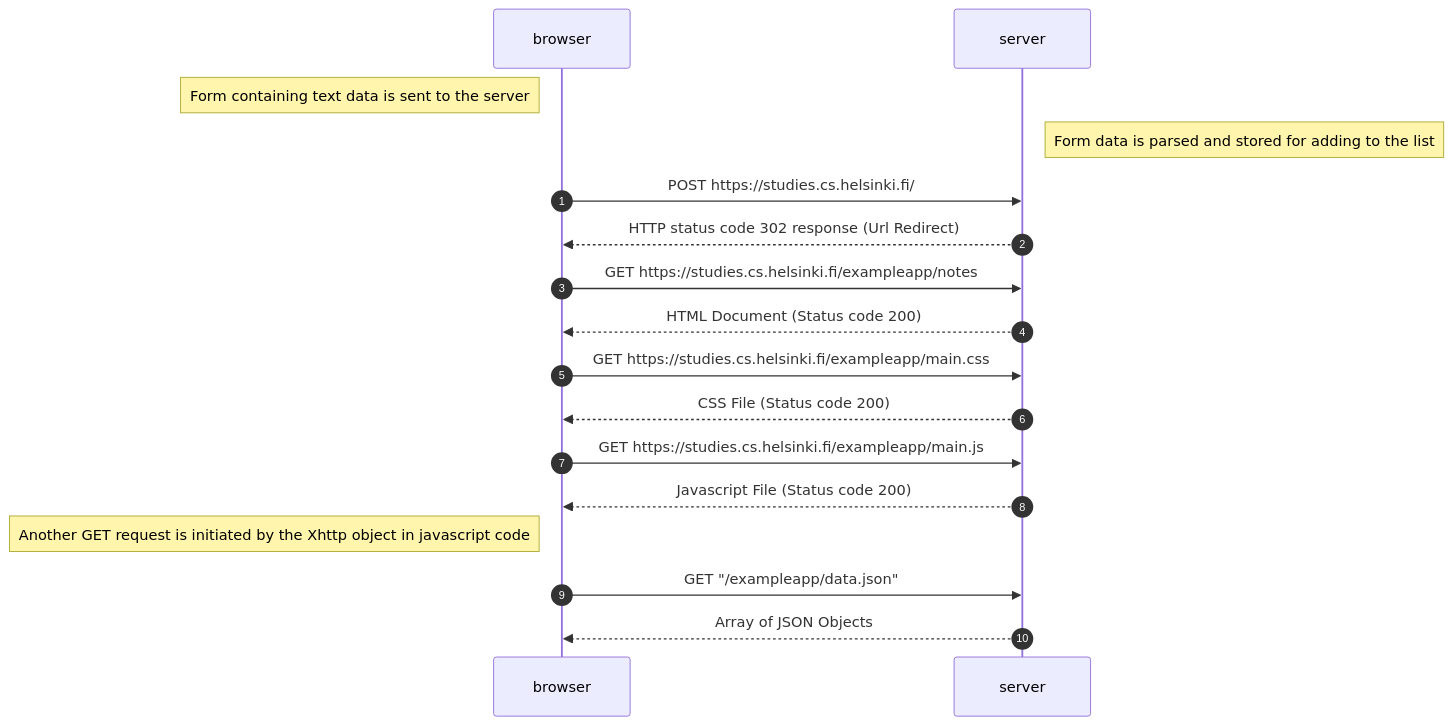
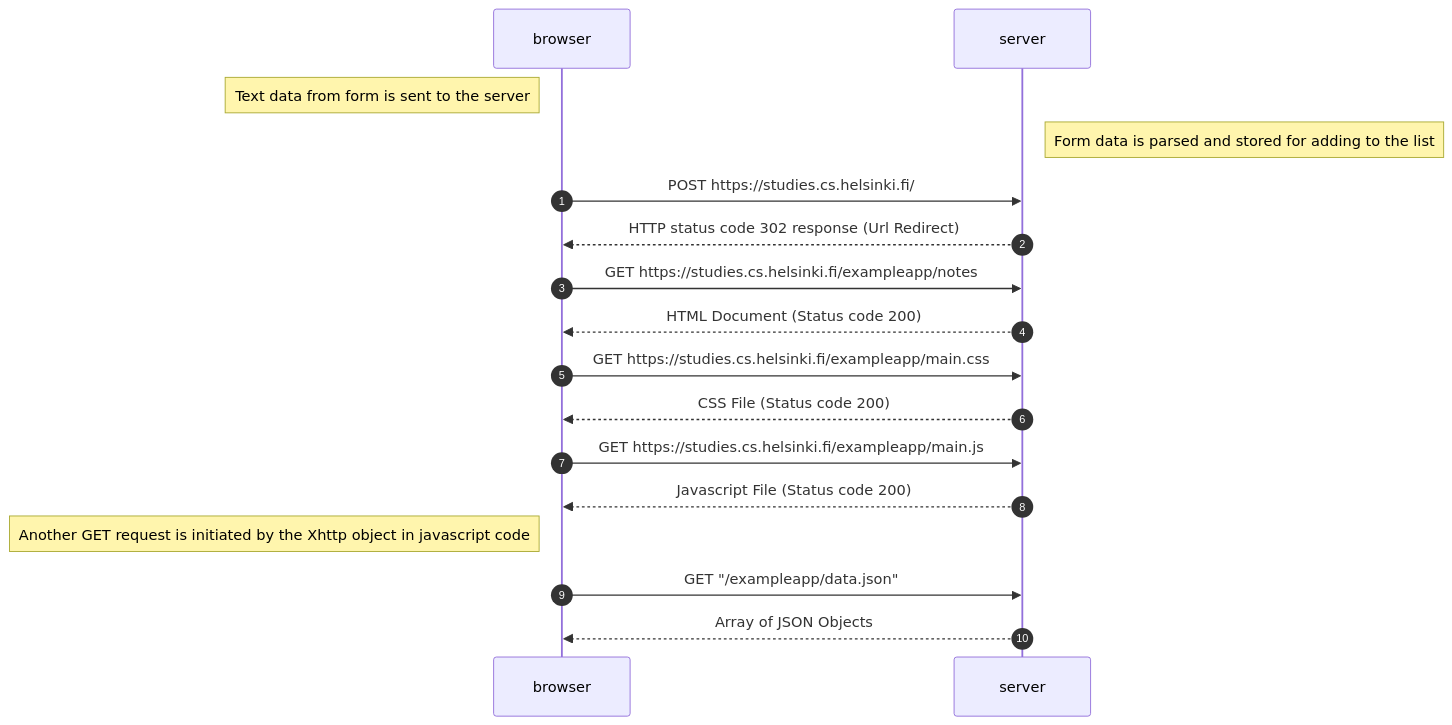
The diagram in part_0/0_4_new_note_diagram.md (developer-shirwyn-git/University-full-stack-project), drawn with Mermaid before and after one commit. The commit also changed 1 other file, not shown here.

Commit message:
update wording of notes

````diff
--- a/part_0/0_4_new_note_diagram.md
+++ b/part_0/0_4_new_note_diagram.md
@@ -1,26 +1,26 @@
 ```mermaid
 sequenceDiagram
   autonumber
   participant browser
   participant server
 
-  Note left of browser: Form containing text data is sent to the server
+  Note left of browser: Text data from form is sent to the server
   Note right of server: Form data is parsed and stored for adding to the list
 
   browser->>server: POST https://studies.cs.helsinki.fi/
   server-->>browser: HTTP status code 302 response (Url Redirect)
 
   browser->>server: GET https://studies.cs.helsinki.fi/exampleapp/notes
   server-->>browser: HTML Document (Status code 200)
 
   browser->>server: GET https://studies.cs.helsinki.fi/exampleapp/main.css
   server-->>browser: CSS File (Status code 200)
 
   browser->>server: GET https://studies.cs.helsinki.fi/exampleapp/main.js
   server-->>browser: Javascript File (Status code 200)
 
   Note left of browser: Another GET request is initiated by the Xhttp object in javascript code
 
   browser->>server: GET "/exampleapp/data.json"
   server-->>browser: Array of JSON Objects
 ```
````
